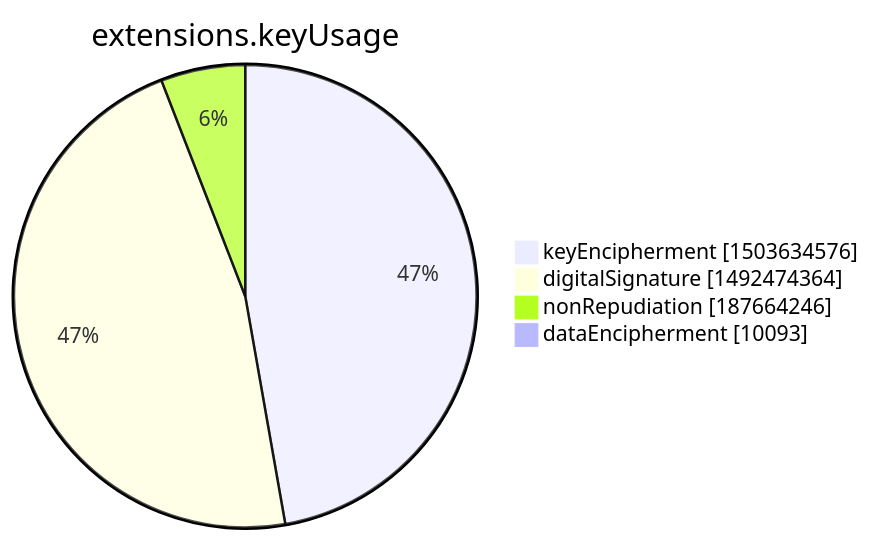
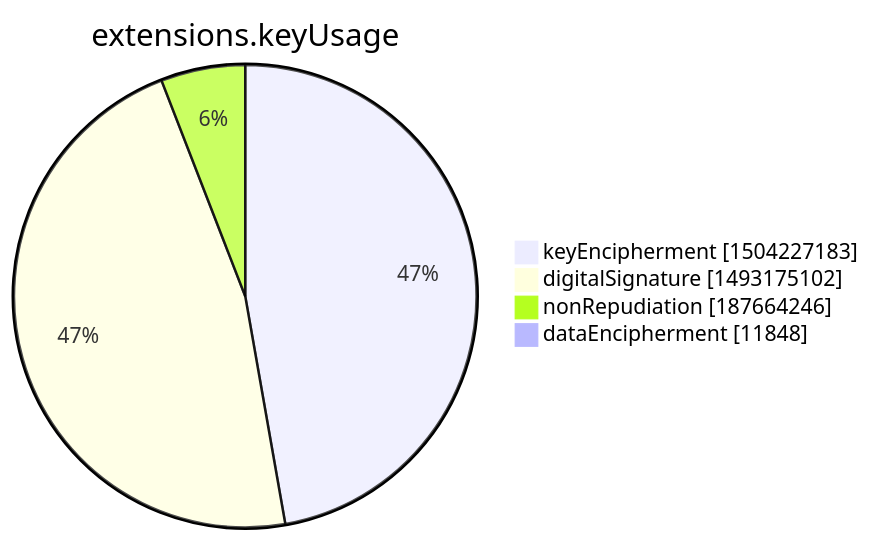
One commit to christiankrug/ctmonitor_visualization changed the seventh of 15 diagrams in xenon2022/README.md. Above: the diagram before and after it, drawn with Mermaid. The commit also changed other lines of this file, not shown here.

````diff
--- a/xenon2022/README.md
+++ b/xenon2022/README.md
@@ -2845,8 +2845,8 @@
 ```mermaid
 pie showData
 title extensions.keyUsage
-"keyEncipherment" :1503634576
-"digitalSignature" :1492474364
+"keyEncipherment" :1504227183
+"digitalSignature" :1493175102
 "nonRepudiation" :187664246
-"dataEncipherment" :10093
+"dataEncipherment" :11848
 ```
````
